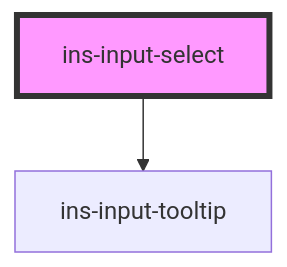
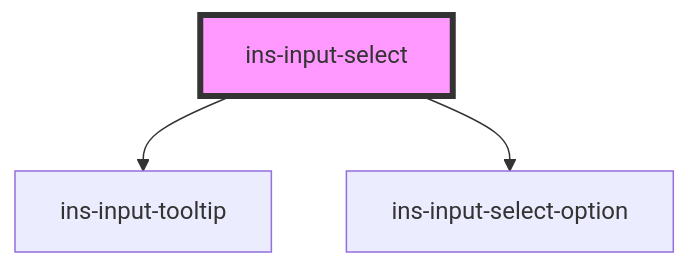
The diagram in components/src/components/ins-input-select/readme.md (insites-io/insites-components-v2), drawn with Mermaid before and after one commit. The commit also changed other lines of this file and 130 other files, not shown here.

````diff
--- a/components/src/components/ins-input-select/readme.md
+++ b/components/src/components/ins-input-select/readme.md
@@ -171,5 +175,6 @@
 ```mermaid
 graph TD;
   ins-input-select --> ins-input-tooltip
+  ins-input-select --> ins-input-select-option
   style ins-input-select fill:#f9f,stroke:#333,stroke-width:4px
 ```
````
